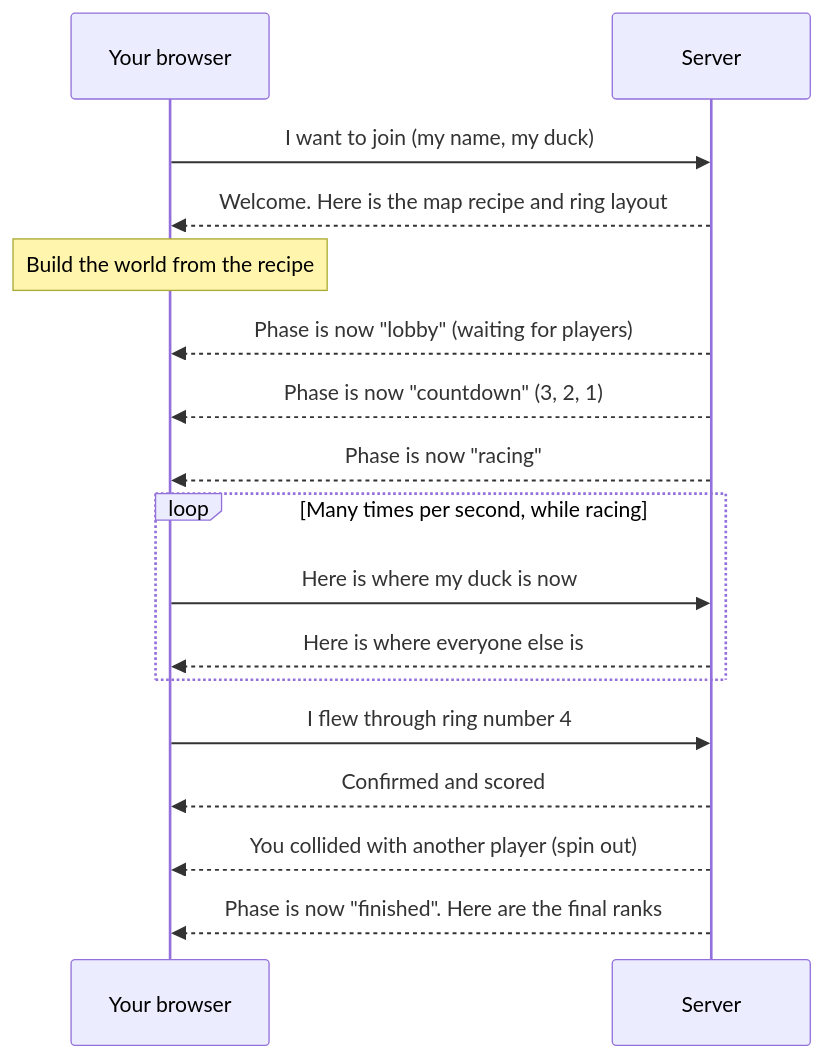
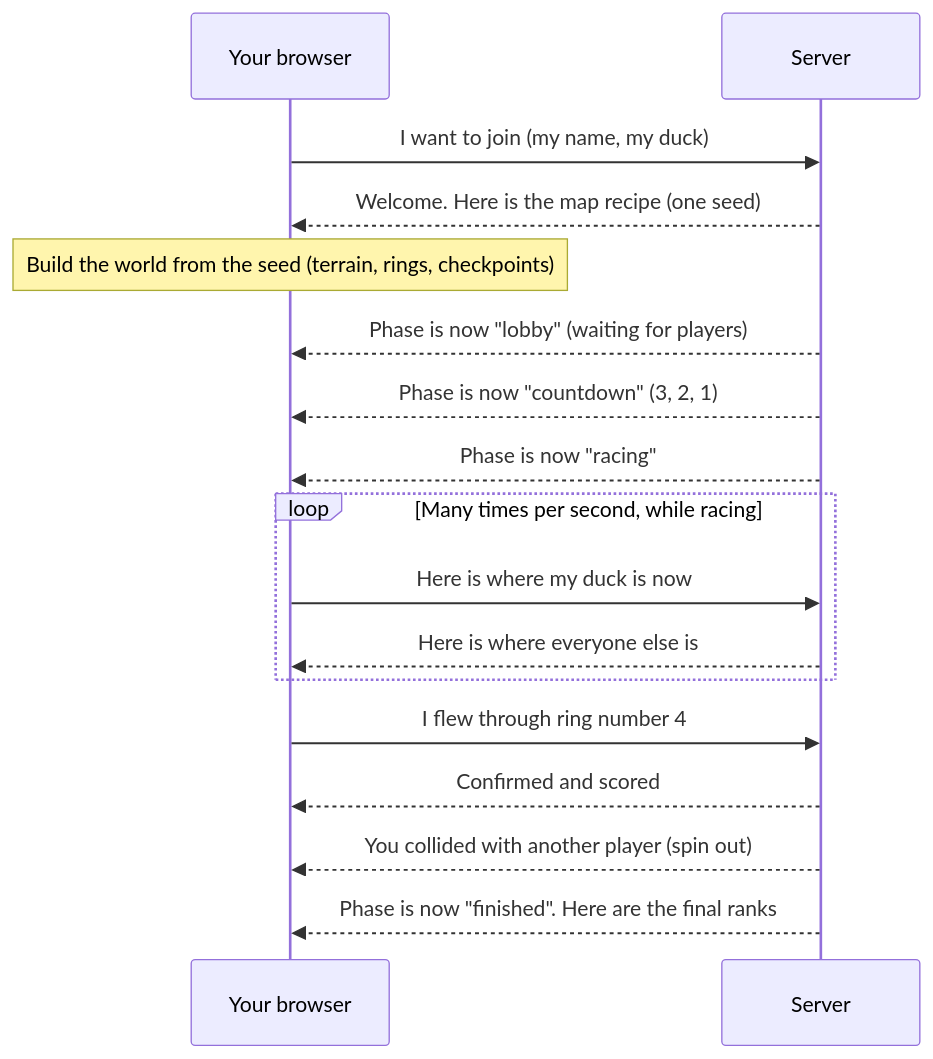
One commit to tran3066/DucksFly changed the fourth of 8 diagrams in docs/ARCHITECTURE.md. Above: the diagram before and after it, drawn with Mermaid. The commit also changed other lines of this file and 15 other files, not shown here.

````diff
--- a/docs/ARCHITECTURE.md
+++ b/docs/ARCHITECTURE.md
@@ -189,22 +191,22 @@
 ```mermaid
 sequenceDiagram
     participant P as Your browser
     participant S as Server
 
     P->>S: I want to join (my name, my duck)
-    S-->>P: Welcome. Here is the map recipe and ring layout
-    Note over P: Build the world from the recipe
+    S-->>P: Welcome. Here is the map recipe (one seed)
+    Note over P: Build the world from the seed (terrain, rings, checkpoints)
     S-->>P: Phase is now "lobby" (waiting for players)
     S-->>P: Phase is now "countdown" (3, 2, 1)
     S-->>P: Phase is now "racing"
 
     loop Many times per second, while racing
         P->>S: Here is where my duck is now
         S-->>P: Here is where everyone else is
     end
 
     P->>S: I flew through ring number 4
     S-->>P: Confirmed and scored
     S-->>P: You collided with another player (spin out)
     S-->>P: Phase is now "finished". Here are the final ranks
 ```
````
